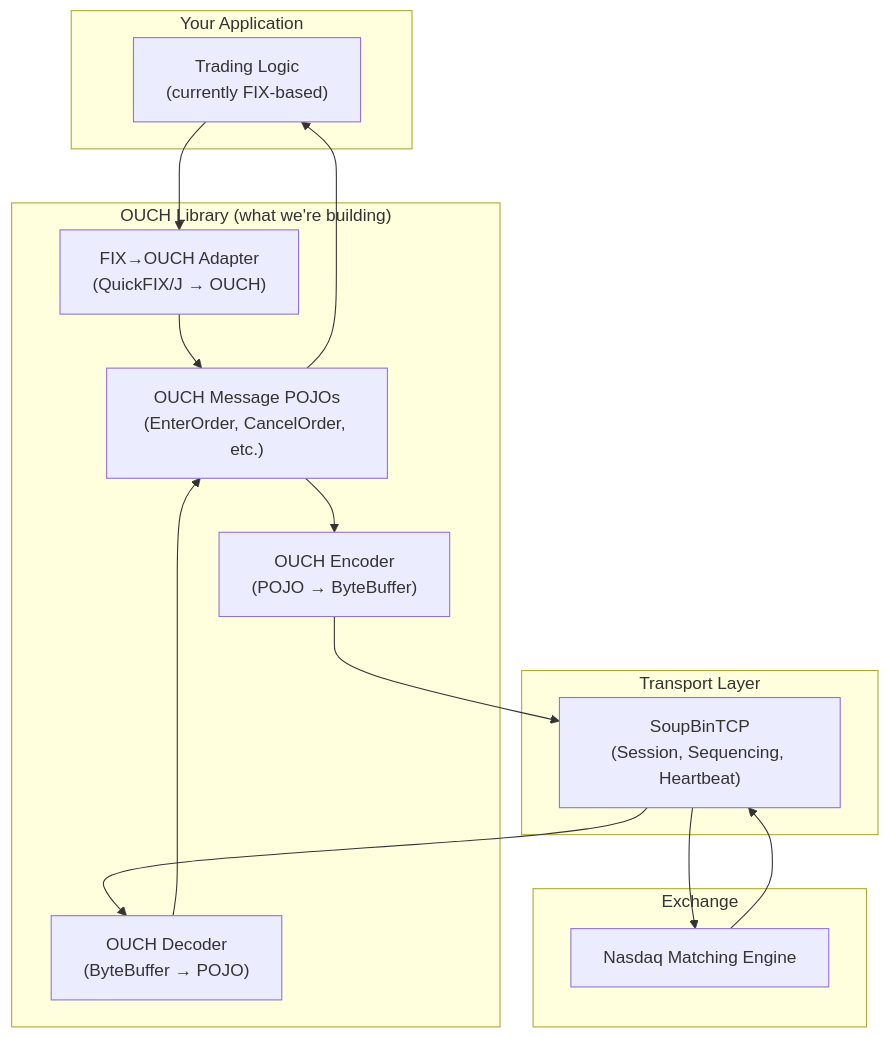
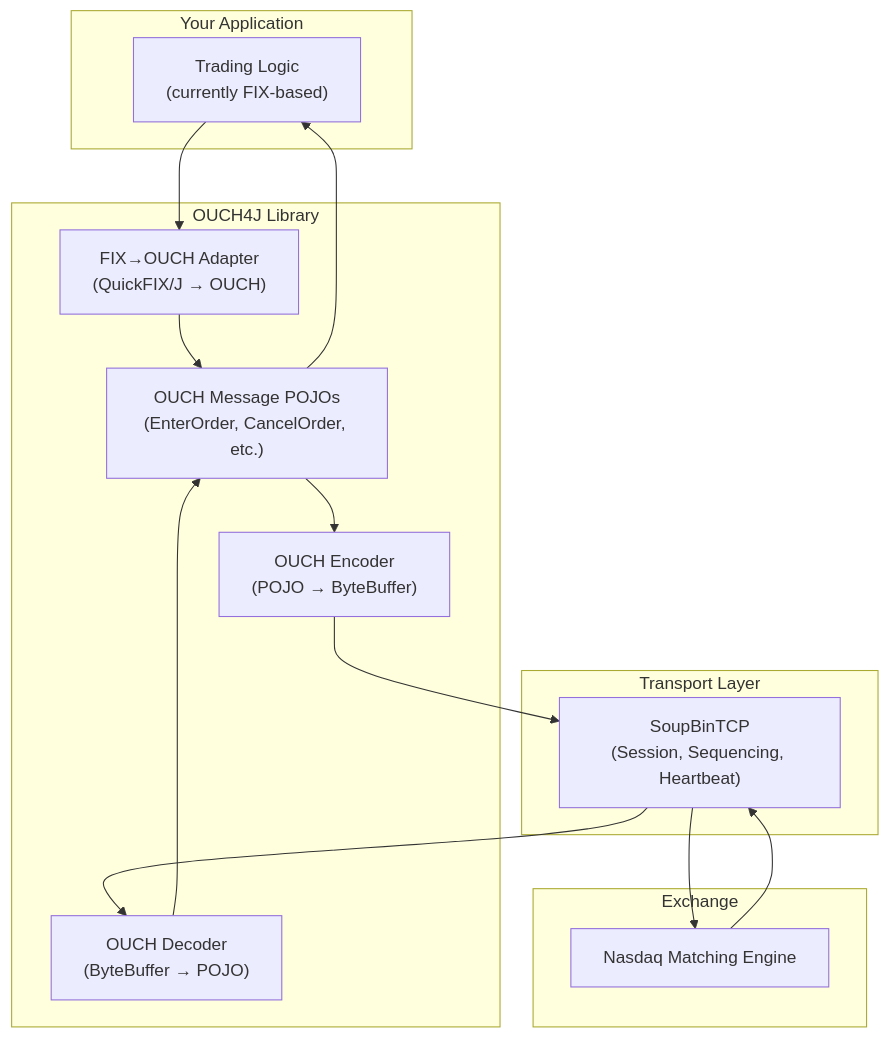
One commit to thilinajayamini/ouch4j changed the first of 2 diagrams in README.md. Above: the diagram before and after it, drawn with Mermaid. The commit also changed other lines of this file, not shown here.

````diff
--- a/README.md
+++ b/README.md
@@ -50,31 +63,31 @@
 ```mermaid
 graph TB
     subgraph "Your Application"
         A["Trading Logic<br/>(currently FIX-based)"]
     end
     
-    subgraph "OUCH Library (what we're building)"
+    subgraph "OUCH4J Library "
         B["FIX→OUCH Adapter<br/>(QuickFIX/J → OUCH)"]
         C["OUCH Encoder<br/>(POJO → ByteBuffer)"]
         D["OUCH Decoder<br/>(ByteBuffer → POJO)"]
         E["OUCH Message POJOs<br/>(EnterOrder, CancelOrder, etc.)"]
     end
     
     subgraph "Transport Layer"
         F["SoupBinTCP<br/>(Session, Sequencing, Heartbeat)"]
     end
     
     subgraph "Exchange"
         G["Nasdaq Matching Engine"]
     end
     
     A --> B
     B --> E
     E --> C
     C --> F
     F --> G
     G --> F
     F --> D
     D --> E
     E --> A
 ```
````
